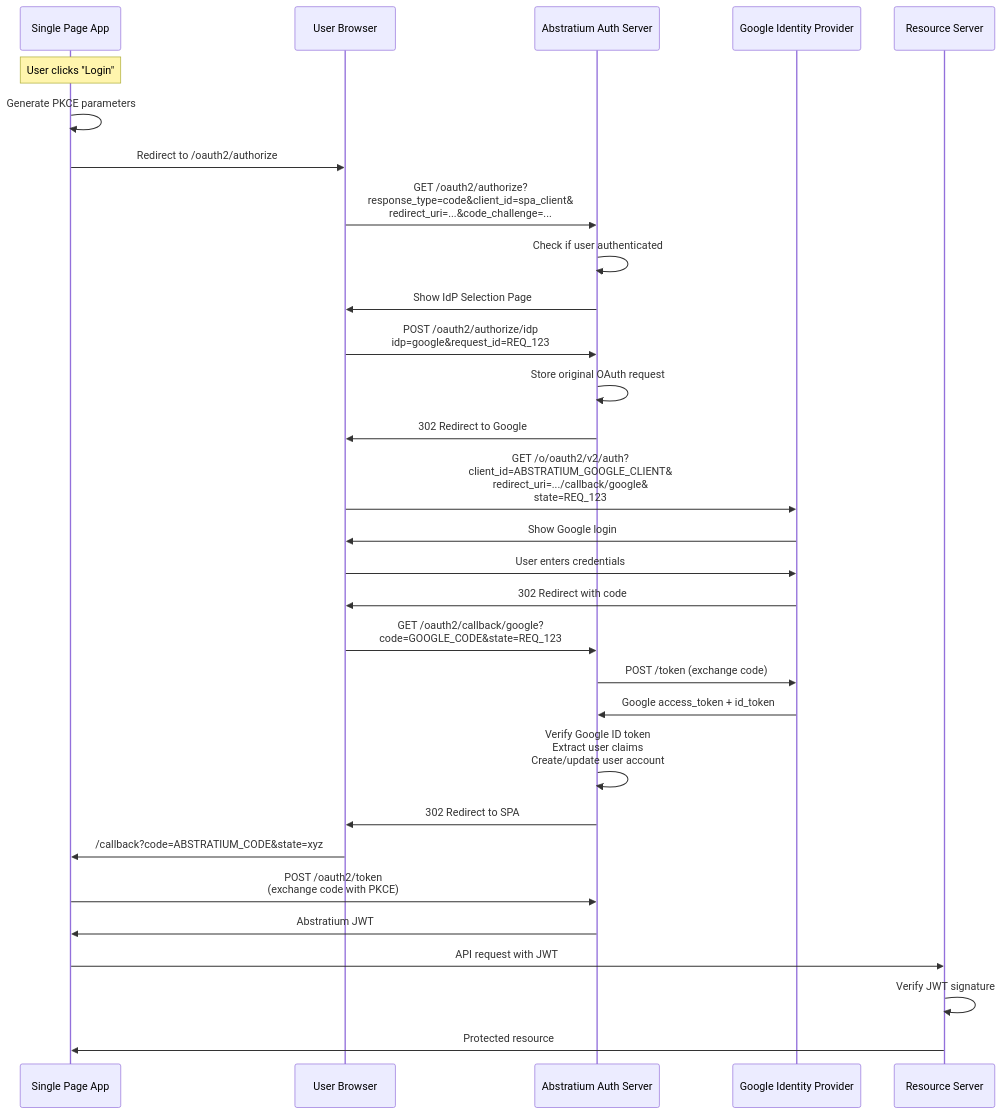
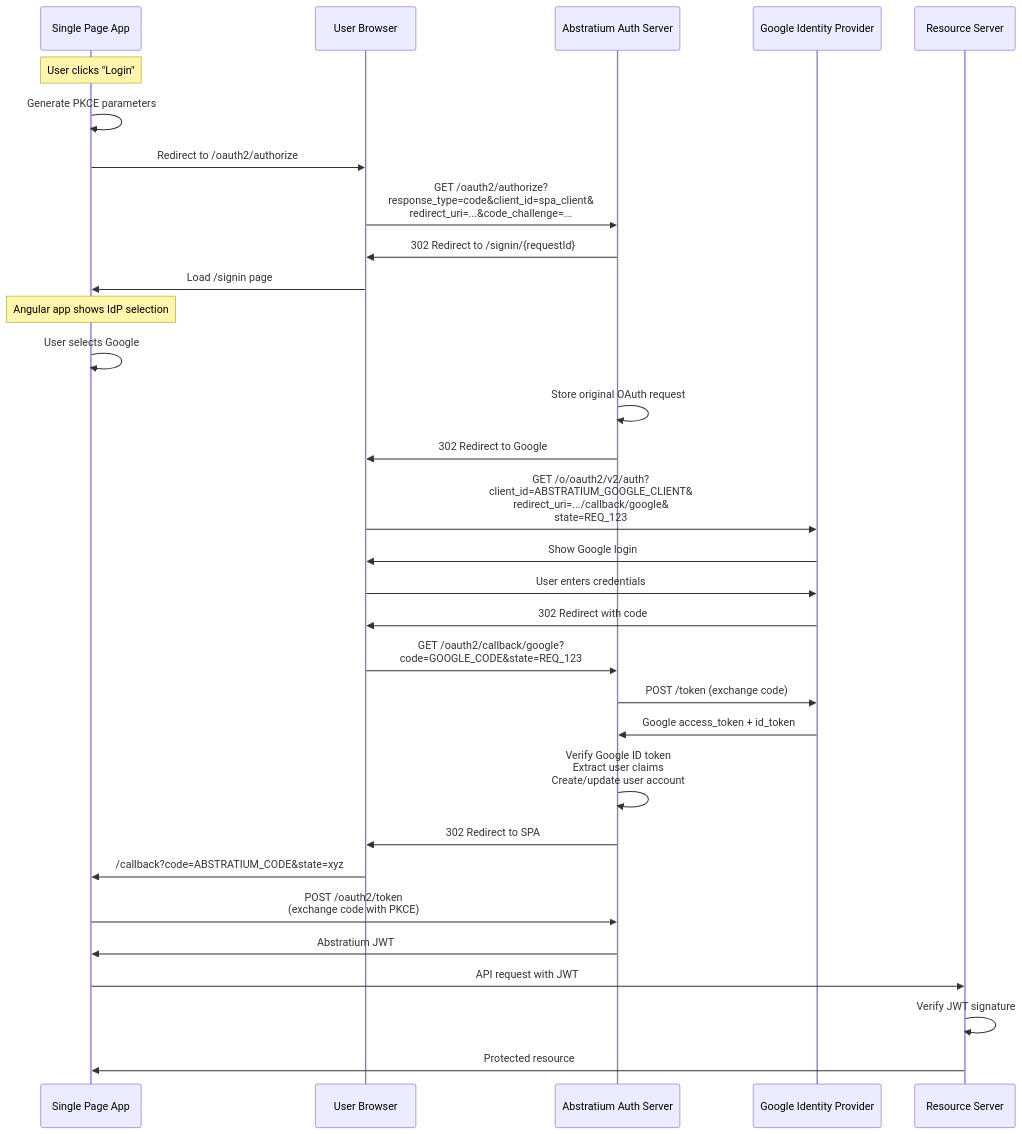
One commit to abstratium-dev/abstrauth changed the second of 4 diagrams in FEDERATED_LOGIN.md. Above: the diagram before and after it, drawn with Mermaid. The commit also changed other lines of this file and 2 other files, not shown here.

````diff
--- a/FEDERATED_LOGIN.md
+++ b/FEDERATED_LOGIN.md
@@ -80,43 +80,44 @@
 ```mermaid
 sequenceDiagram
     participant SPA as Single Page App
     participant Browser as User Browser
     participant AuthServer as Abstratium Auth Server
     participant Google as Google Identity Provider
     participant ResourceServer as Resource Server
 
     Note over SPA: User clicks "Login"
     
     SPA->>SPA: Generate PKCE parameters
     SPA->>Browser: Redirect to /oauth2/authorize
     Browser->>AuthServer: GET /oauth2/authorize?<br/>response_type=code&client_id=spa_client&<br/>redirect_uri=...&code_challenge=...
     
-    AuthServer->>AuthServer: Check if user authenticated
-    AuthServer->>Browser: Show IdP Selection Page
+    AuthServer->>Browser: 302 Redirect to /signin/{requestId}
+    Browser->>SPA: Load /signin page
     
-    Browser->>AuthServer: POST /oauth2/authorize/idp<br/>idp=google&request_id=REQ_123
+    Note over SPA: Angular app shows IdP selection
+    SPA->>SPA: User selects Google
     
     AuthServer->>AuthServer: Store original OAuth request
     AuthServer->>Browser: 302 Redirect to Google
     Browser->>Google: GET /o/oauth2/v2/auth?<br/>client_id=ABSTRATIUM_GOOGLE_CLIENT&<br/>redirect_uri=.../callback/google&<br/>state=REQ_123
     
     Google->>Browser: Show Google login
     Browser->>Google: User enters credentials
     Google->>Browser: 302 Redirect with code
     Browser->>AuthServer: GET /oauth2/callback/google?<br/>code=GOOGLE_CODE&state=REQ_123
     
     AuthServer->>Google: POST /token (exchange code)
     Google->>AuthServer: Google access_token + id_token
     
     AuthServer->>AuthServer: Verify Google ID token<br/>Extract user claims<br/>Create/update user account
     
     AuthServer->>Browser: 302 Redirect to SPA
     Browser->>SPA: /callback?code=ABSTRATIUM_CODE&state=xyz
     
     SPA->>AuthServer: POST /oauth2/token<br/>(exchange code with PKCE)
     AuthServer->>SPA: Abstratium JWT
     
     SPA->>ResourceServer: API request with JWT
     ResourceServer->>ResourceServer: Verify JWT signature
     ResourceServer->>SPA: Protected resource
 ```
````
